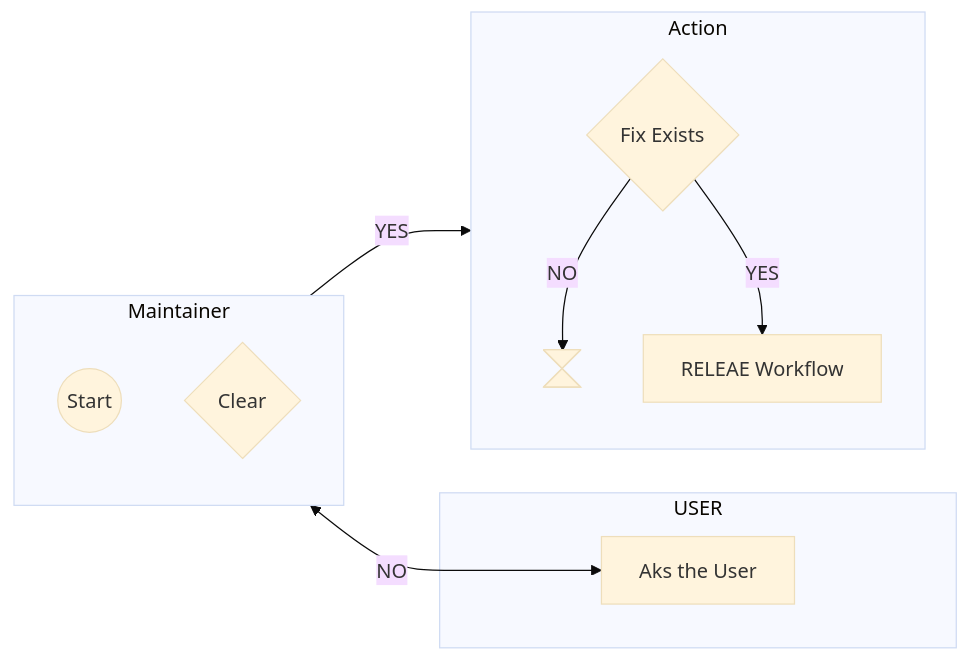
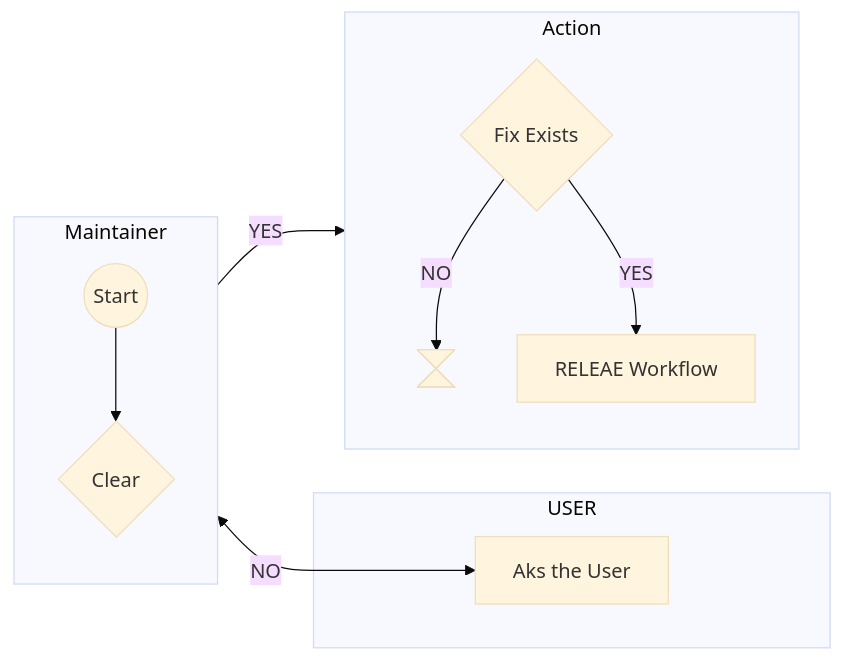
The diagram in docs/workflow_secruity.md (GFGMNET/Workspace), drawn with Mermaid (base theme) before and after one commit.

````diff
--- a/docs/workflow_secruity.md
+++ b/docs/workflow_secruity.md
@@ -1,22 +1,22 @@
 ```mermaid
 flowchart LR
  subgraph Maintainer
   direction TB
   STA@{ shape: circle, label: "Start" }
   CLE{Clear}
  end
  subgraph USER
   COM[Aks the User]
  end
  subgraph Action
   direction TB
   FIX{Fix Exists}
   WAU@{ shape: hourglass, label: "WAIT" }
   REL[RELEAE Workflow]
  end
-
+STA --> CLE
 CLE <--> |NO|COM
 CLE --> |YES|FIX
 FIX --> |NO|WAU
 FIX --> |YES|REL
 ``` 
````
